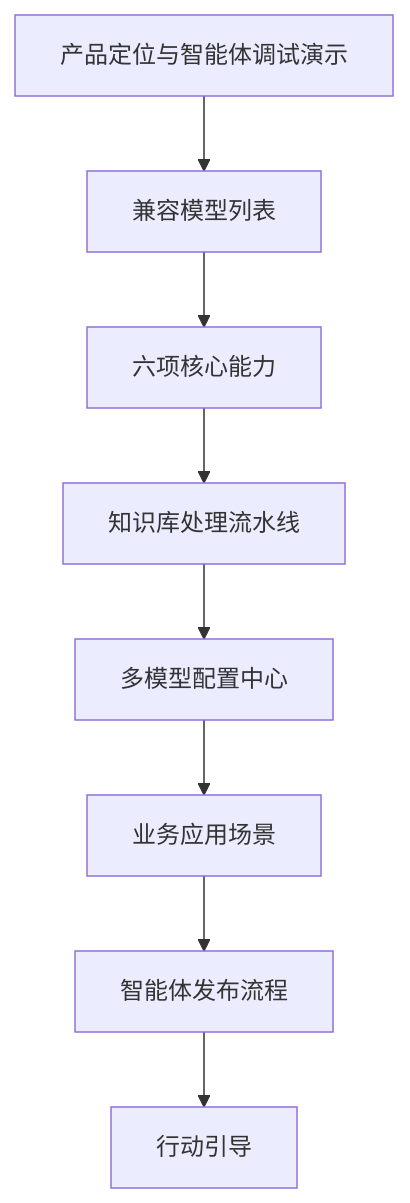
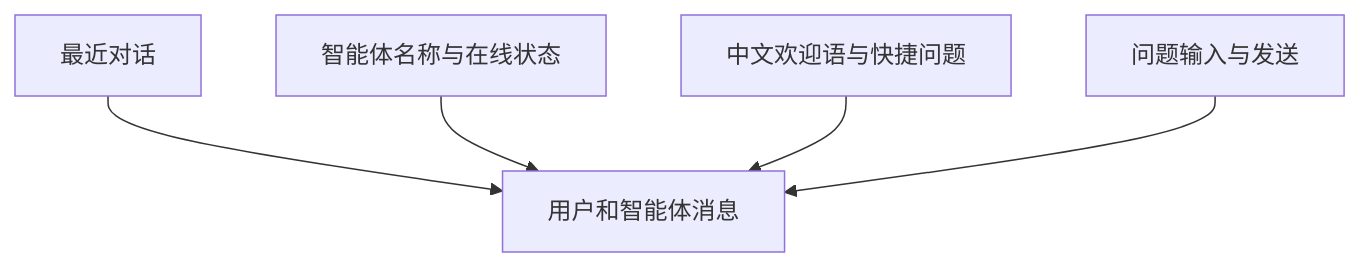
One commit to yiting001/agent changed the second of 3 diagrams in docs/modules/agent-eyoucms-page.md. Above: the diagram before and after it, drawn with Mermaid. The commit also changed other lines of this file and 11 other files, not shown here.

````diff
--- a/docs/modules/agent-eyoucms-page.md
+++ b/docs/modules/agent-eyoucms-page.md
@@ -65,13 +68,13 @@
 ```mermaid
 flowchart TD
-  Hero[产品定位与智能体调试演示]
-  Models[兼容模型列表]
-  Capabilities[六项核心能力]
-  Pipeline[知识库处理流水线]
-  Gateway[多模型配置中心]
-  Scenarios[业务应用场景]
-  Workflow[智能体发布流程]
-  CTA[行动引导]
+  History[最近对话]
+  Header[智能体名称与在线状态]
+  Welcome[中文欢迎语与快捷问题]
+  Messages[用户和智能体消息]
+  Composer[问题输入与发送]
 
-  Hero --> Models --> Capabilities --> Pipeline --> Gateway --> Scenarios --> Workflow --> CTA
+  History --> Messages
+  Header --> Messages
+  Welcome --> Messages
+  Composer --> Messages
 ```
````
